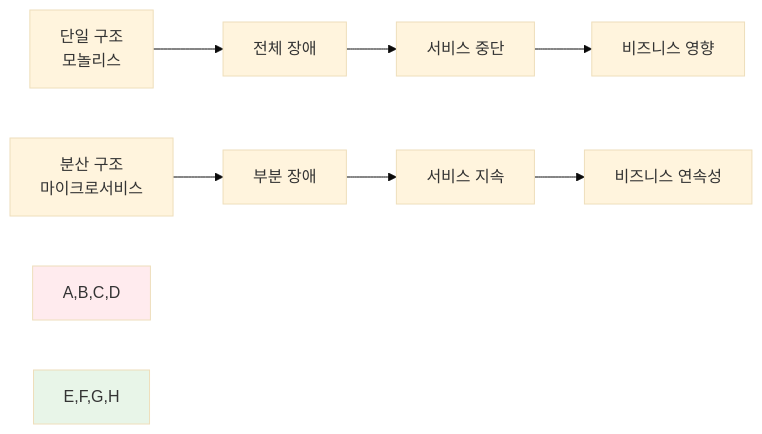
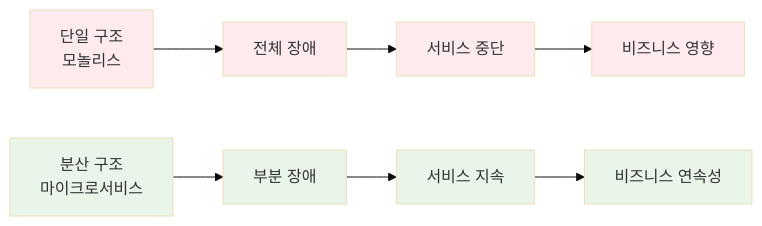
One commit to niceguy61/kdt_devops_lecture_2025 changed the first of 4 diagrams in theory/week_01/day4/session_2.md. Above: the diagram before and after it, drawn with Mermaid (base theme). The commit also changed other lines of this file, not shown here.

Commit message:
mermaid style 오류 수정

````diff
--- a/theory/week_01/day4/session_2.md
+++ b/theory/week_01/day4/session_2.md
@@ -36,13 +36,19 @@
 ```mermaid
 graph LR
     A[단일 구조<br/>모놀리스] --> B[전체 장애]
     B --> C[서비스 중단]
     C --> D[비즈니스 영향]
     
     E[분산 구조<br/>마이크로서비스] --> F[부분 장애]
     F --> G[서비스 지속]
     G --> H[비즈니스 연속성]
     
-    style A,B,C,D fill:#ffebee
-    style E,F,G,H fill:#e8f5e8
+    style A fill:#ffebee
+    style B fill:#ffebee
+    style C fill:#ffebee
+    style D fill:#ffebee
+    style E fill:#e8f5e8
+    style F fill:#e8f5e8
+    style G fill:#e8f5e8
+    style H fill:#e8f5e8
 ```
````
